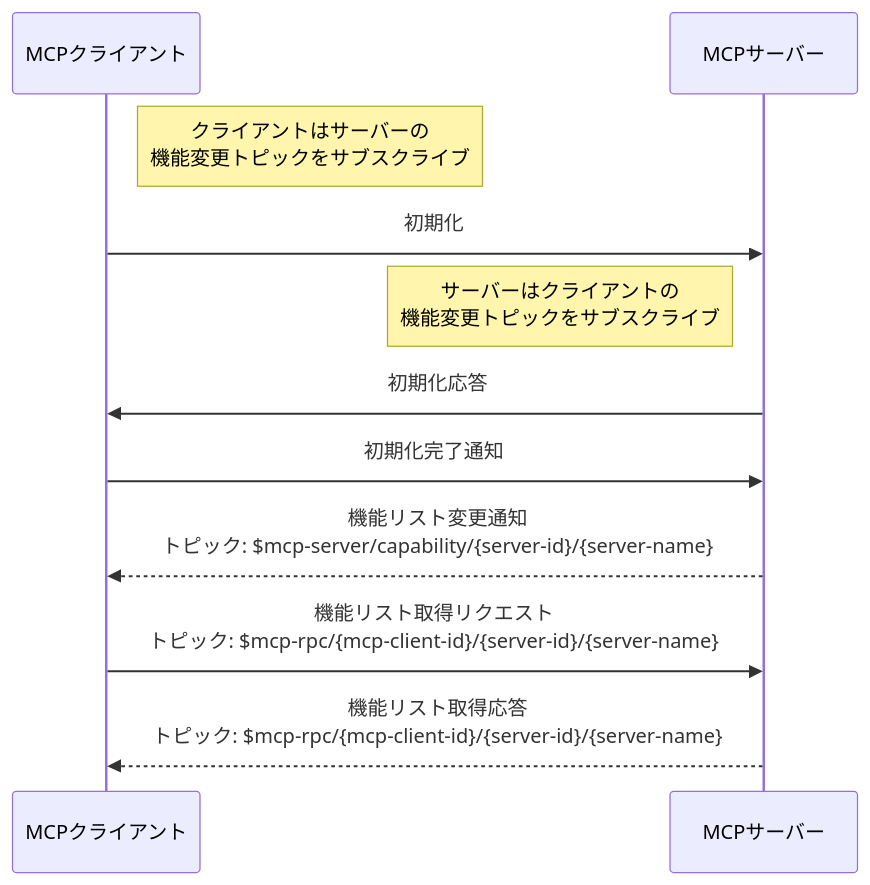
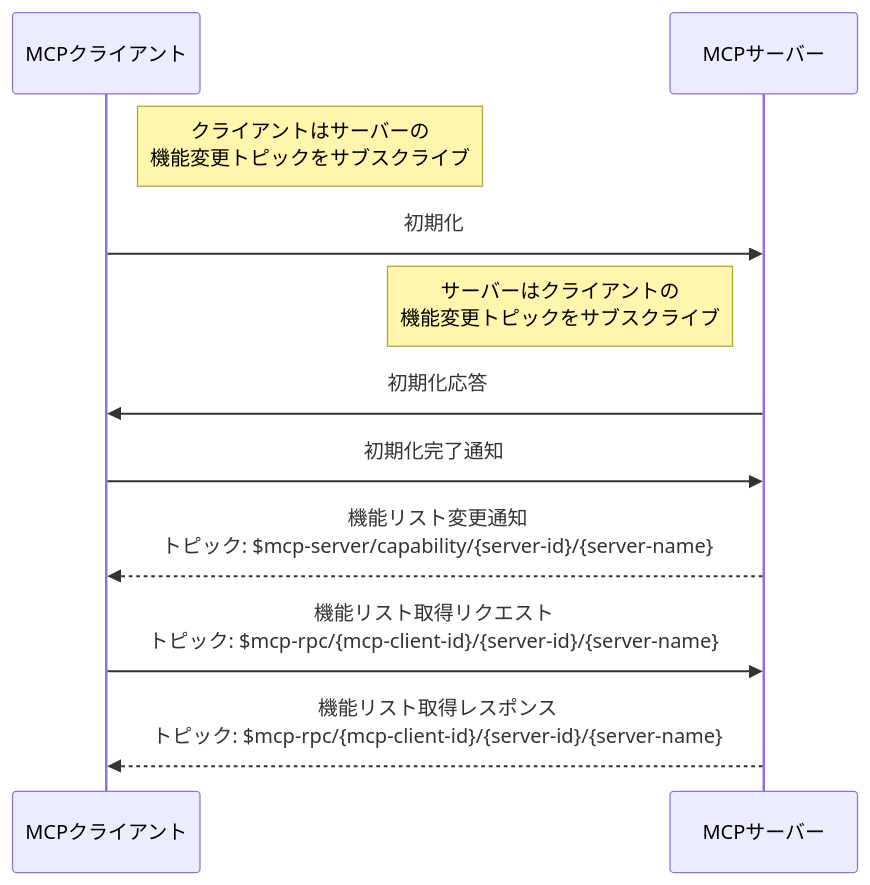
The third of 4 diagrams in ja_JP/develop/emqx-ai/mcp-over-mqtt/specification.md (emqx/emqx-docs), drawn with Mermaid before and after one commit. The commit also changed other lines of this file and 401 other files, not shown here.

````diff
--- a/ja_JP/develop/emqx-ai/mcp-over-mqtt/specification.md
+++ b/ja_JP/develop/emqx-ai/mcp-over-mqtt/specification.md
@@ -331,18 +329,18 @@
 ```mermaid
 sequenceDiagram
     participant MCP_Client as MCPクライアント
     participant MCP_Server as MCPサーバー
 
     Note right of MCP_Client: クライアントはサーバーの<br/>機能変更トピックをサブスクライブ
     MCP_Client ->> MCP_Server: 初期化
 
     Note left of MCP_Server: サーバーはクライアントの<br/>機能変更トピックをサブスクライブ
     MCP_Server ->> MCP_Client: 初期化応答
     MCP_Client ->> MCP_Server: 初期化完了通知
 
     MCP_Server -->> MCP_Client: 機能リスト変更通知<br/>トピック: $mcp-server/capability/{server-id}/{server-name}
 
     MCP_Client ->> MCP_Server: 機能リスト取得リクエスト<br/>トピック: $mcp-rpc/{mcp-client-id}/{server-id}/{server-name}
 
-    MCP_Server -->> MCP_Client: 機能リスト取得応答<br/>トピック: $mcp-rpc/{mcp-client-id}/{server-id}/{server-name}
+    MCP_Server -->> MCP_Client: 機能リスト取得レスポンス<br/>トピック: $mcp-rpc/{mcp-client-id}/{server-id}/{server-name}
 ```
````
